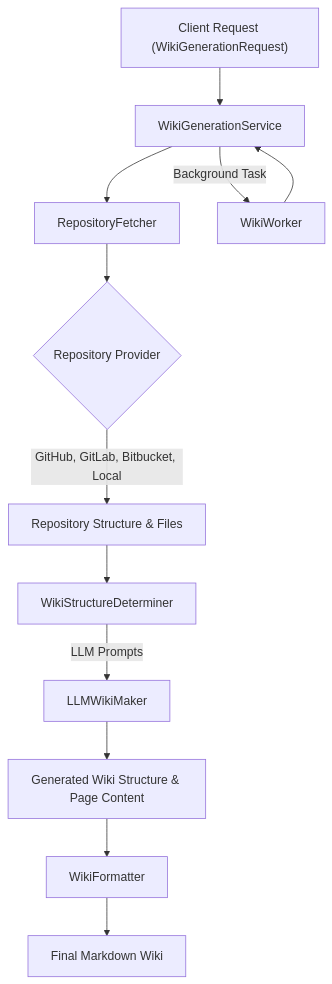
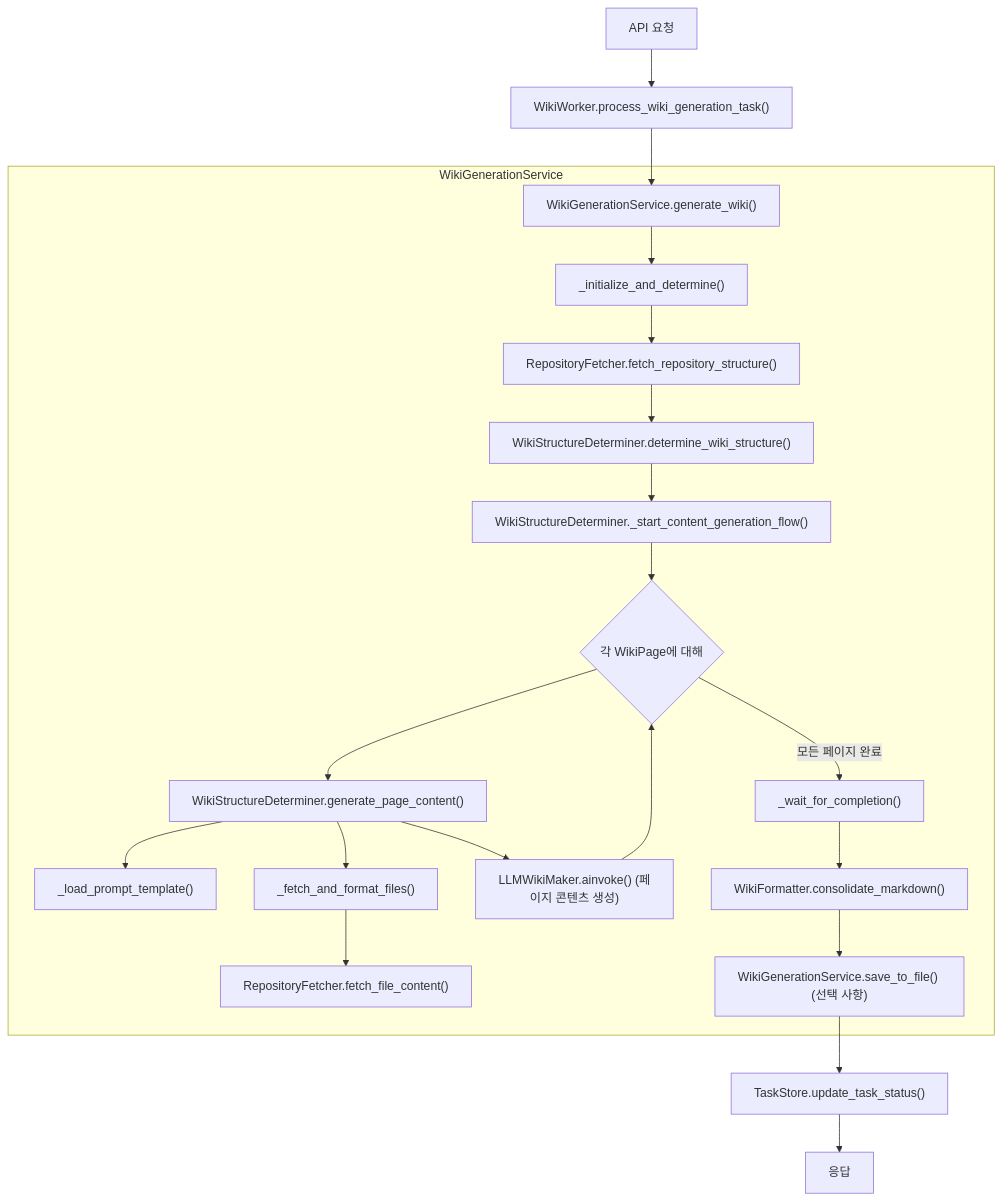
Before and after one commit to catuscio/wiki-as-readme: diagram 16 of 21 in examples/wiki_as_README.md, drawn with Mermaid. The commit also changed other lines of this file, not shown here.

Commit message:
docs: ✨Update examples/wiki_as_README.md via Wiki-As-Readme Action

````diff
--- a/examples/wiki_as_README.md
+++ b/examples/wiki_as_README.md
@@ -1498,14 +1692,26 @@
 ```mermaid
 graph TD
-    A["Client Request (WikiGenerationRequest)"] --> B["WikiGenerationService"];
-    B --> C["RepositoryFetcher"];
-    C --> D{"Repository Provider"};
-    D -- "GitHub, GitLab, Bitbucket, Local" --> E["Repository Structure & Files"];
-    E --> F["WikiStructureDeterminer"];
-    F -- "LLM Prompts" --> G["LLMWikiMaker"];
-    G --> H["Generated Wiki Structure & Page Content"];
-    H --> I["WikiFormatter"];
-    I --> J["Final Markdown Wiki"];
-    B -- "Background Task" --> K["WikiWorker"];
-    K --> B;
+    A["API 요청"] --> B["WikiWorker.process_wiki_generation_task()"];
+
+    B --> C["WikiGenerationService.generate_wiki()"];
+
+    subgraph WikiGenerationService
+        C --> D["_initialize_and_determine()"];
+        D --> E["RepositoryFetcher.fetch_repository_structure()"];
+        E --> F["WikiStructureDeterminer.determine_wiki_structure()"];
+        F --> G["WikiStructureDeterminer._start_content_generation_flow()"];
+        G --> H{"각 WikiPage에 대해"};
+        H --> I["WikiStructureDeterminer.generate_page_content()"];
+        I --> J["_load_prompt_template()"];
+        I --> K["_fetch_and_format_files()"];
+        K --> L["RepositoryFetcher.fetch_file_content()"];
+        I --> M["LLMWikiMaker.ainvoke() (페이지 콘텐츠 생성)"];
+        M --> H;
+        H -- 모든 페이지 완료 --> N["_wait_for_completion()"];
+        N --> O["WikiFormatter.consolidate_markdown()"];
+        O --> P["WikiGenerationService.save_to_file() (선택 사항)"];
+    end
+
+    P --> Q["TaskStore.update_task_status()"];
+    Q --> R["응답"];
 ```
````
